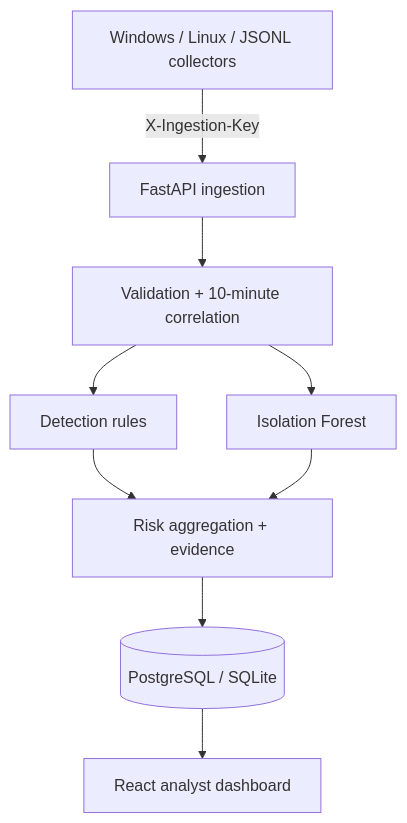
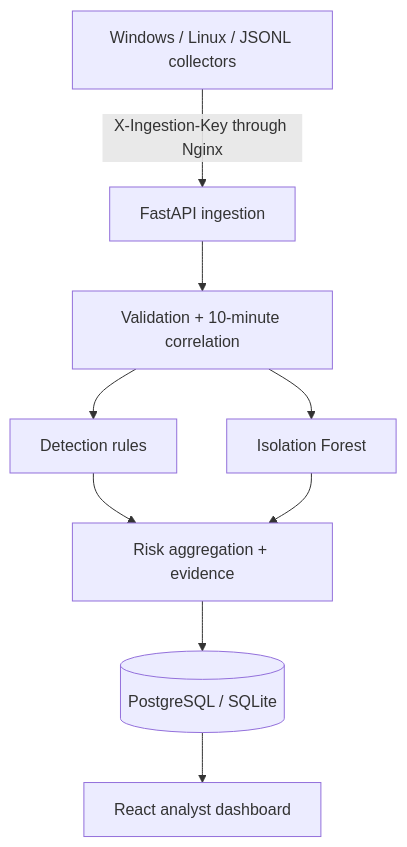
One commit to bbmuti/-intelligent-security-monitoring changed the diagram in README.md. Above: the diagram before and after it, drawn with Mermaid. The commit also changed other lines of this file and 52 other files, not shown here.

````diff
--- a/README.md
+++ b/README.md
@@ -40,11 +41,11 @@
 ```mermaid
 flowchart TD
-    A["Windows / Linux / JSONL collectors"] -->|"X-Ingestion-Key"| B["FastAPI ingestion"]
+    A["Windows / Linux / JSONL collectors"] -->|"X-Ingestion-Key through Nginx"| B["FastAPI ingestion"]
     B --> C["Validation + 10-minute correlation"]
     C --> D["Detection rules"]
     C --> E["Isolation Forest"]
     D --> F["Risk aggregation + evidence"]
     E --> F
     F --> G[("PostgreSQL / SQLite")]
     G --> H["React analyst dashboard"]
 ```
````
